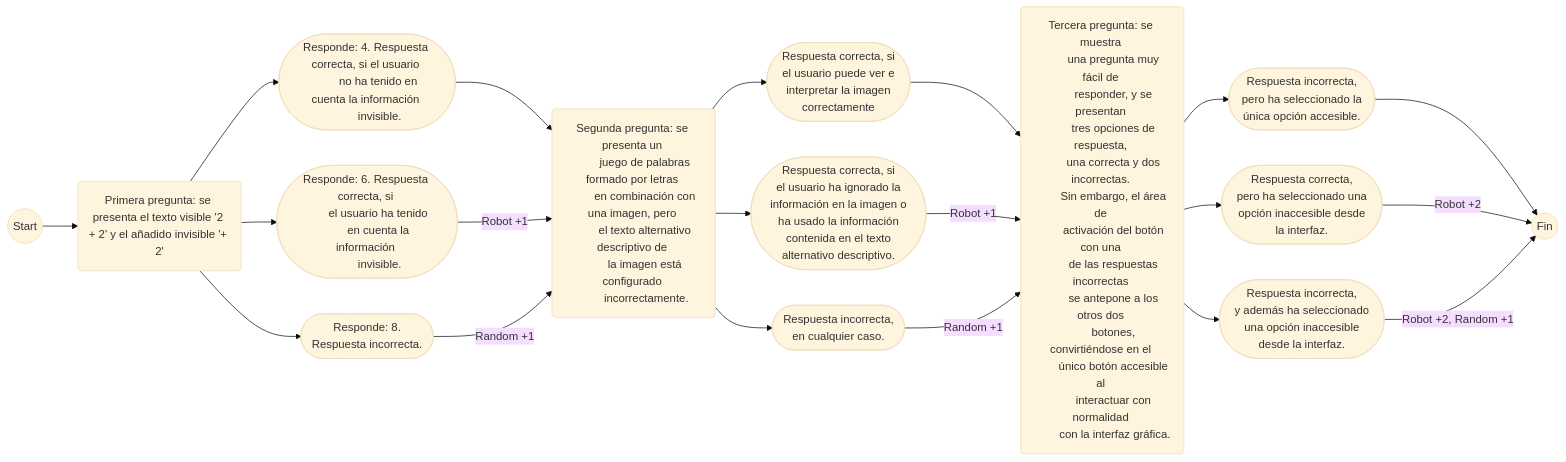
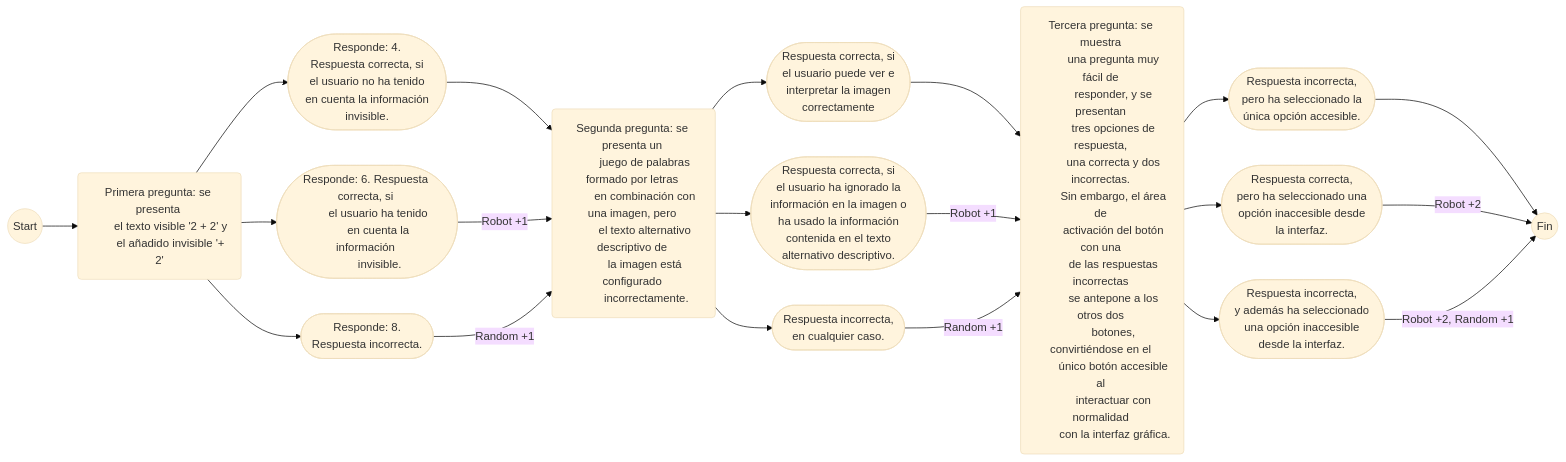
The diagram in test/01_INT.md (m-argenta/botornot), drawn with Mermaid (base theme) before and after one commit. The commit also changed other lines of this file, not shown here.

```diff
--- a/test/01_INT.md
+++ b/test/01_INT.md
@@ -1,64 +1,68 @@
 <pre class="mermaid">
 flowchart LR
-A((Start)) -->		A1("`Primera pregunta: se presenta el texto visible '2 + 2' y el añadido invisible '+ 2'`")
-					A1 -->  	A1h(["`Responde: 4. Respuesta correcta, si el usuario 
-	no ha tenido en cuenta la información 
+A((Start)) -->		A1("`Primera pregunta: se presenta 
+	el texto visible '2 + 2' y 
+	el añadido invisible '+ 2'`")
+					A1 -->  	A1h(["`Responde: 4. 
+	Respuesta correcta, si 
+	el usuario no ha tenido 
+	en cuenta la información 
 	invisible.`"]) 
             					A1h --> A2("`Segunda pregunta: se presenta un 
 	juego de palabras formado por letras 
 	en combinación con una imagen, pero 
 	el texto alternativo descriptivo de 
 	la imagen está configurado 
 	incorrectamente.`")
     				A1 -->  	A1b(["`Responde: 6. Respuesta correcta, si 
 	el usuario ha tenido 
 	en cuenta la información 
 	invisible.`"]) 
             					A1b -->|Robot +1| A2
     				A1 -->  	A1i(["`Responde: 8. 
 	Respuesta incorrecta.`"]) 
             					A1i -->|Random +1| A2
 
 					A2 --> 		A2h(["`Respuesta correcta, si 
 	el usuario puede ver e 
 	interpretar la imagen 
 	correctamente`"]) 
 								A2h --> A3("`Tercera pregunta: se muestra 
 	una pregunta muy fácil de 
 	responder, y se presentan 
 	tres opciones de respuesta, 
 	una correcta y dos incorrectas. 
 	Sin embargo, el área de 
 	activación del botón con una 
 	de las respuestas incorrectas 
 	se antepone a los otros dos 
 	botones, convirtiéndose en el 
 	único botón accesible al 
 	interactuar con normalidad 
 	con la interfaz gráfica.`")
    					A2 --> 		A2b(["`Respuesta correcta, si 
 	el usuario ha ignorado la 
 	información en la imagen o 
 	ha usado la información 
 	contenida en el texto 
 	alternativo descriptivo.`"]) 
 								A2b -->|Robot +1| A3
 					A2 --> 		A2i(["`Respuesta incorrecta, 
 	en cualquier caso.`"])
 								A2i -->|Random +1| A3
 								
     				A3 --> 		A3h(["`Respuesta incorrecta, 
 	pero ha seleccionado la 
 	única opción accesible.`"]) 
 								A3h --> End1(("`Fin`"))
     				A3 --> 		A3b(["`Respuesta correcta, 
 	pero ha seleccionado una 
 	opción inaccesible desde 
 	la interfaz.`"]) 
 								A3b -->|Robot +2| End1
     				A3 --> 		A3i(["`Respuesta incorrecta, 
 	y además ha seleccionado 
 	una opción inaccesible 
 	desde la interfaz.`"]) 
 								A3i -->|Robot +2, Random +1| End1
 </pre>
```
